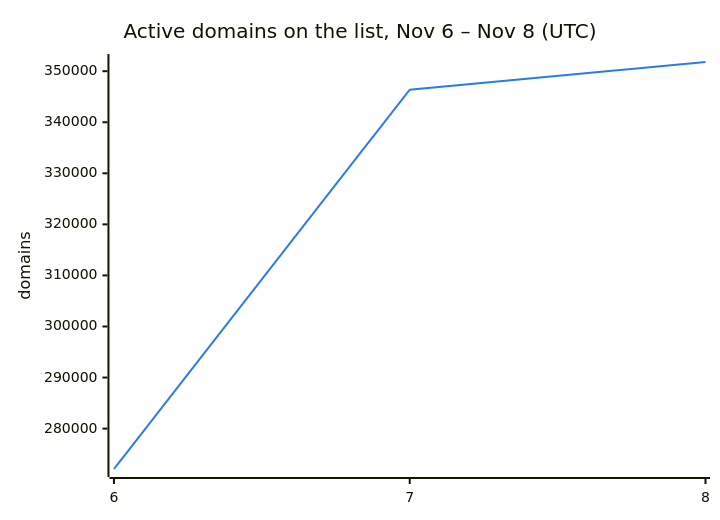
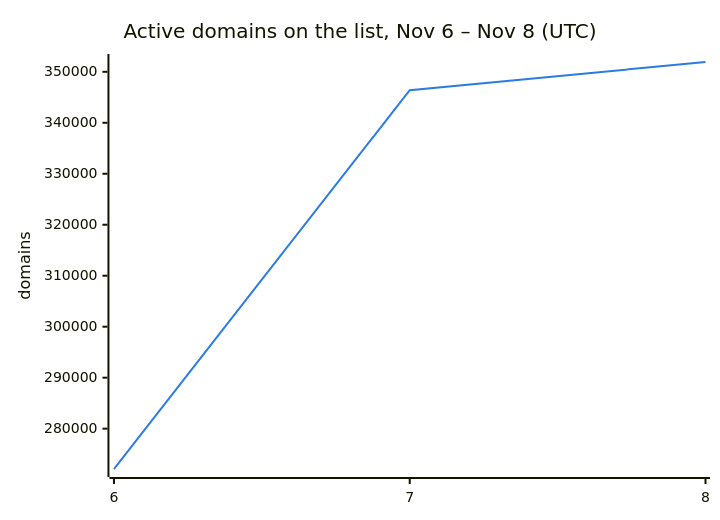
One commit to DNSBunker/CTI changed the second of 3 diagrams in README.md. Above: the diagram before and after it, drawn with Mermaid. The commit also changed other lines of this file and 3 other files, not shown here.

````diff
--- a/README.md
+++ b/README.md
@@ -38,8 +38,8 @@
 ```mermaid
 %%{init: {"themeVariables": {"xyChart": {"plotColorPalette": "#2c7be5"}}}}%%
 xychart-beta
     title "Active domains on the list, Nov 6 – Nov 8 (UTC)"
     x-axis ["6", "7", "8"]
     y-axis "domains"
-    line [272088, 346388, 351801]
+    line [272088, 346388, 351922]
 ```
````
